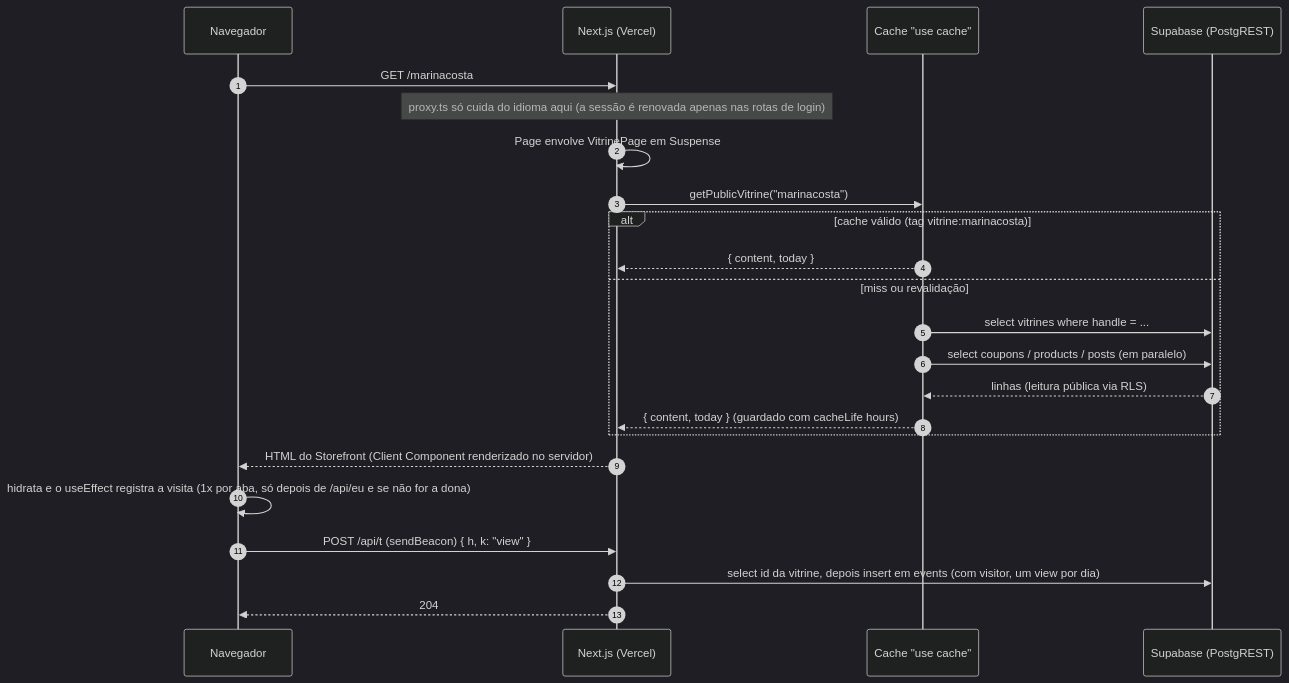
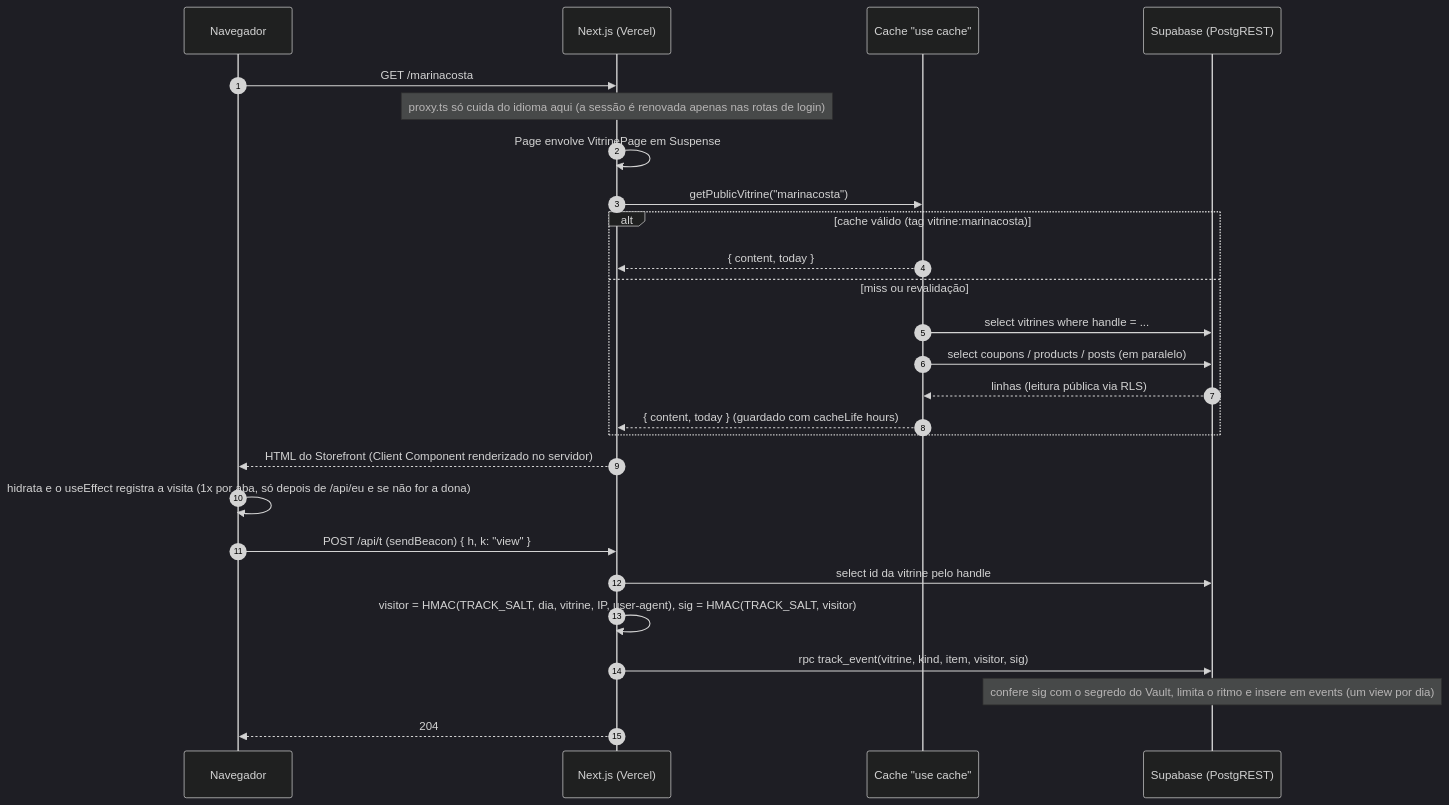
Before and after one commit to estevaons/myvitri: the third of 8 diagrams in docs/architecture.md, drawn with Mermaid (dark theme). The commit also changed other lines of this file and 17 other files, not shown here.

````diff
--- a/docs/architecture.md
+++ b/docs/architecture.md
@@ -331,25 +331,28 @@
 ```mermaid
 sequenceDiagram
     autonumber
     participant B as Navegador
     participant N as Next.js (Vercel)
     participant C as Cache "use cache"
     participant S as Supabase (PostgREST)
     B->>N: GET /marinacosta
     Note over N: proxy.ts só cuida do idioma aqui (a sessão é renovada apenas nas rotas de login)
     N->>N: Page envolve VitrinePage em Suspense
     N->>C: getPublicVitrine("marinacosta")
     alt cache válido (tag vitrine:marinacosta)
         C-->>N: { content, today }
     else miss ou revalidação
         C->>S: select vitrines where handle = ...
         C->>S: select coupons / products / posts (em paralelo)
         S-->>C: linhas (leitura pública via RLS)
         C-->>N: { content, today } (guardado com cacheLife hours)
     end
     N-->>B: HTML do Storefront (Client Component renderizado no servidor)
     B->>B: hidrata e o useEffect registra a visita (1x por aba, só depois de /api/eu e se não for a dona)
     B->>N: POST /api/t (sendBeacon) { h, k: "view" }
-    N->>S: select id da vitrine, depois insert em events (com visitor, um view por dia)
+    N->>S: select id da vitrine pelo handle
+    N->>N: visitor = HMAC(TRACK_SALT, dia, vitrine, IP, user-agent), sig = HMAC(TRACK_SALT, visitor)
+    N->>S: rpc track_event(vitrine, kind, item, visitor, sig)
+    Note over S: confere sig com o segredo do Vault, limita o ritmo e insere em events (um view por dia)
     N-->>B: 204
 ```
````
